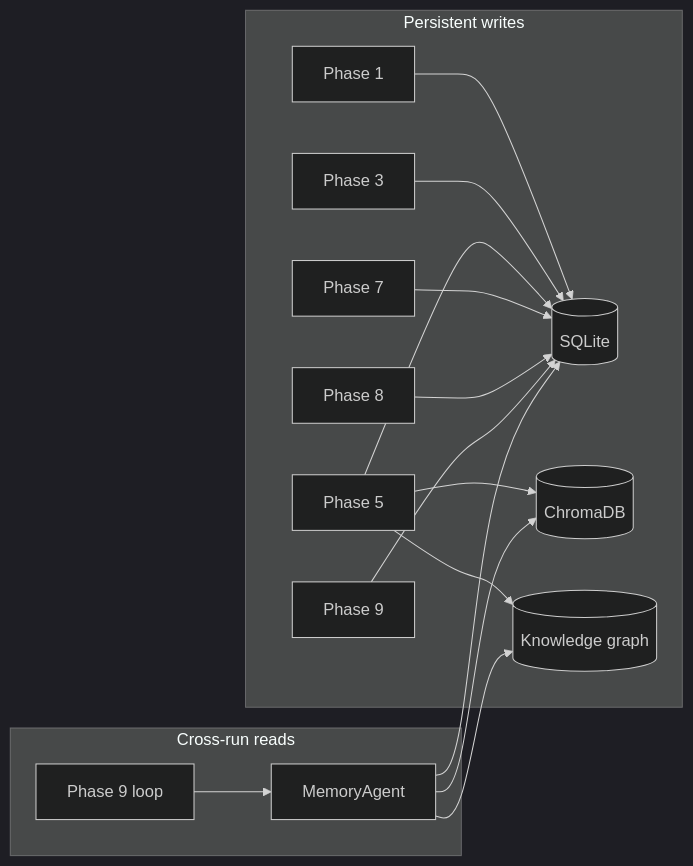
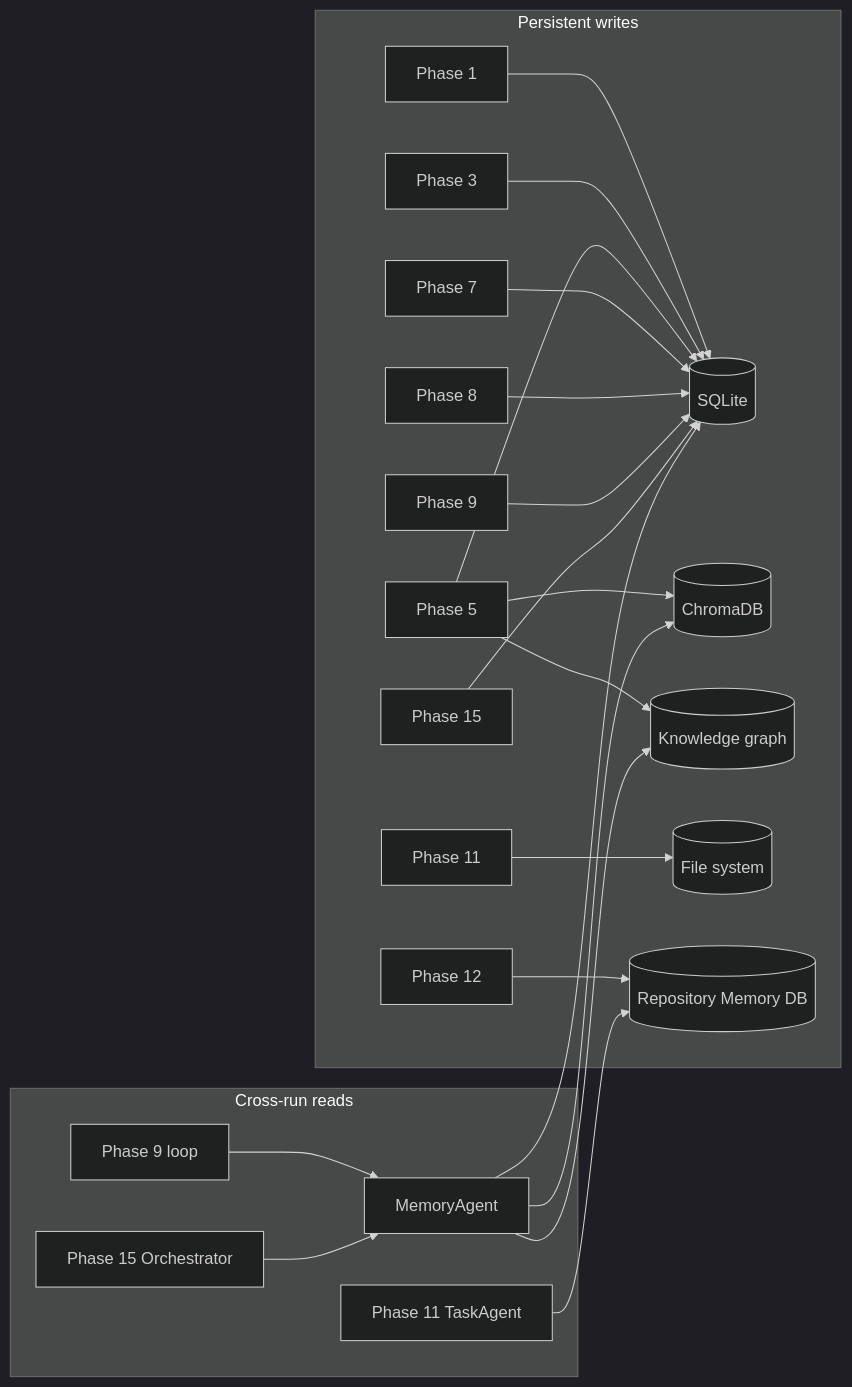
Diagram 18 of 19 in docs/architecture.md (atandra2000/AutonomousResearcher), drawn with Mermaid (dark theme) before and after one commit. The commit also changed other lines of this file and 54 other files, not shown here.

````diff
--- a/docs/architecture.md
+++ b/docs/architecture.md
@@ -337,19 +481,24 @@
 ```mermaid
 flowchart LR
     subgraph Write["Persistent writes"]
         P1["Phase 1"] --> DB[("SQLite")]
         P3["Phase 3"] --> DB
         P5["Phase 5"] --> DB
         P5 --> CHR[("ChromaDB")]
         P5 --> KG[("Knowledge graph")]
         P7["Phase 7"] --> DB
         P8["Phase 8"] --> DB
         P9["Phase 9"] --> DB
+        P11["Phase 11"] --> FS[("File system")]
+        P12["Phase 12"] --> RM[("Repository Memory DB")]
+        P15["Phase 15"] --> DB
     end
     subgraph Read["Cross-run reads"]
         LOOP["Phase 9 loop"] --> MEM["MemoryAgent"]
         MEM --> DB
         MEM --> CHR
         MEM --> KG
+        TASK["Phase 11 TaskAgent"] --> RM
+        ORCH["Phase 15 Orchestrator"] --> MEM
     end
 ```
````
